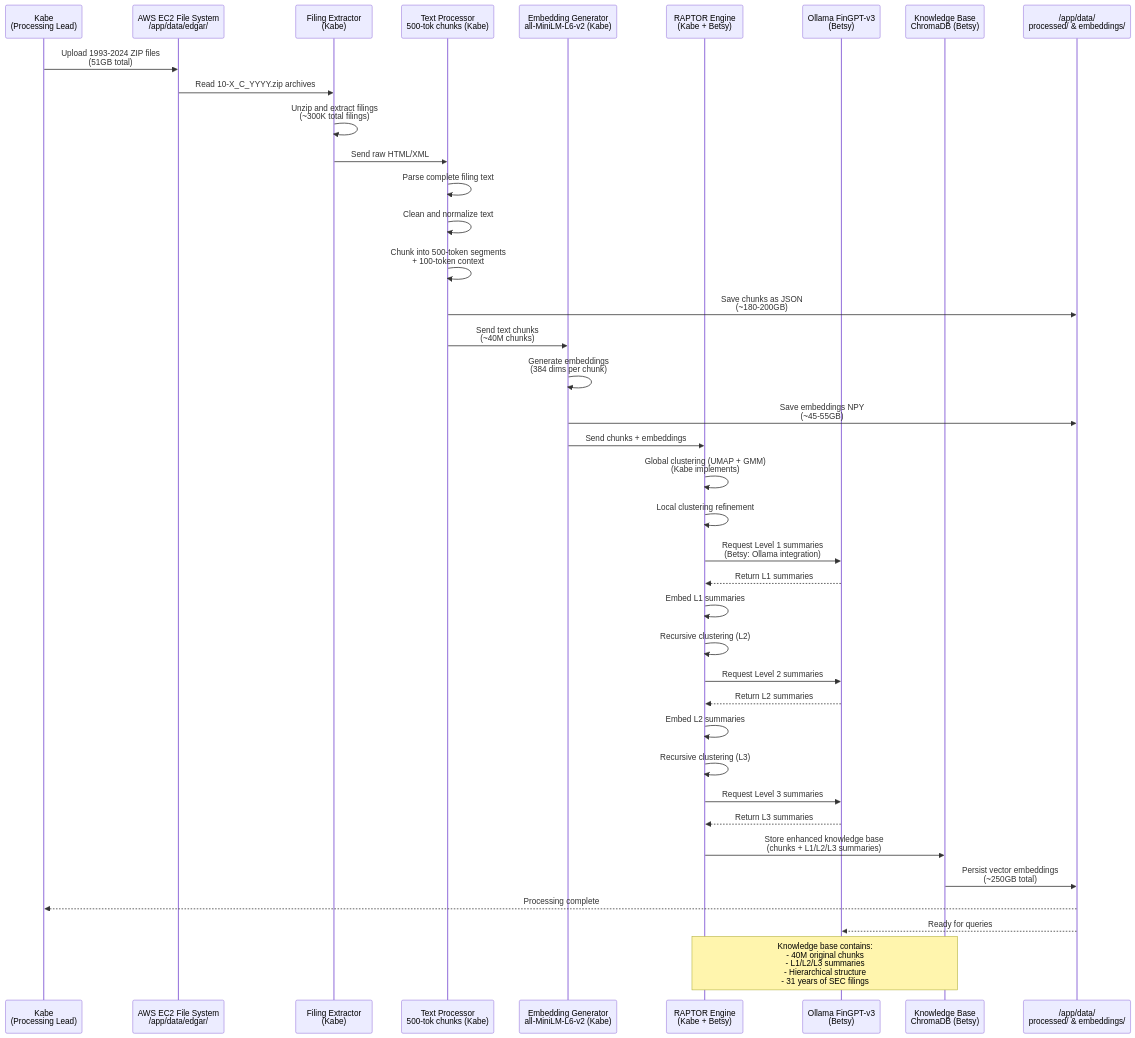
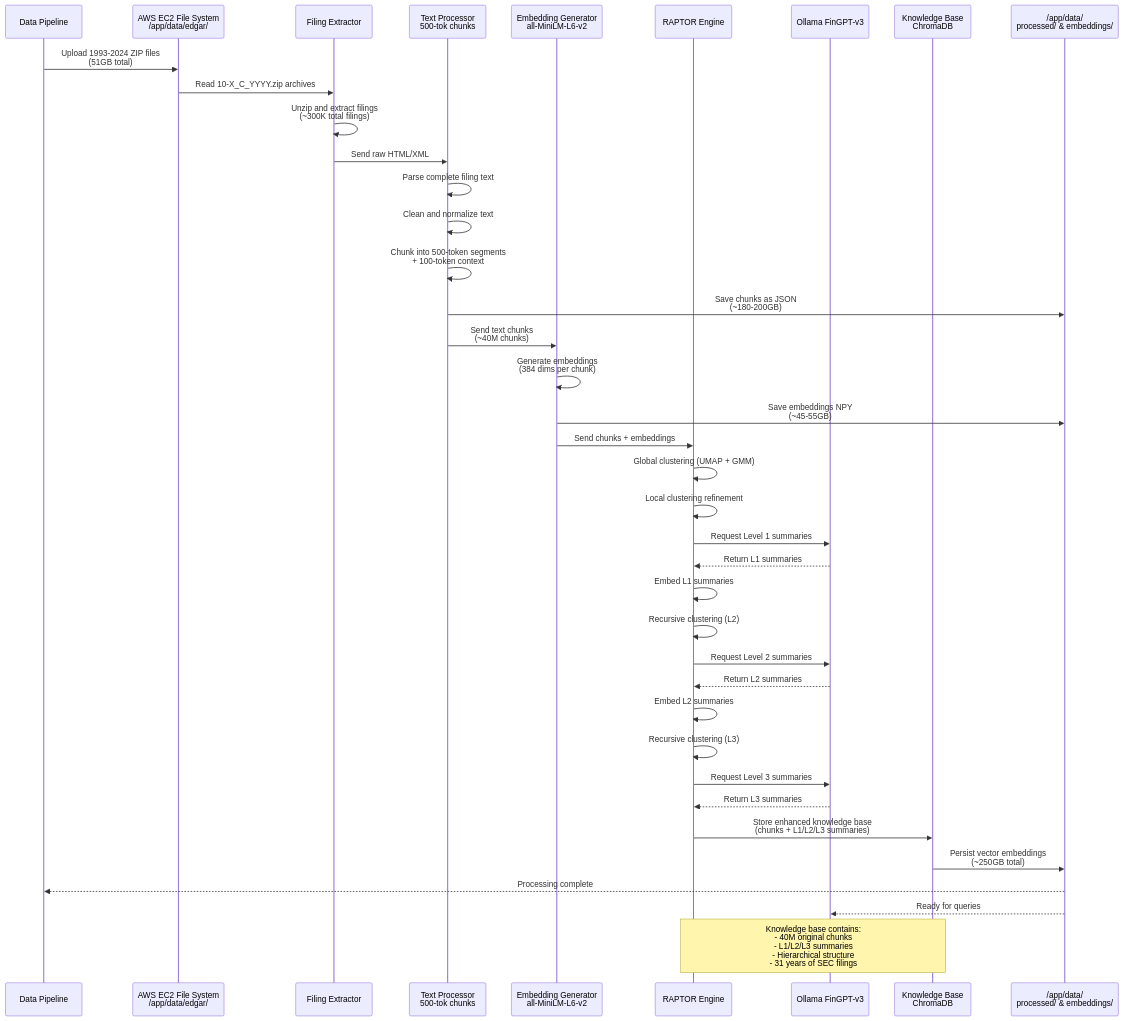
Before and after one commit to kibbbles/edgar_anomaly_detection: the diagram in notebooks/diagrams/data_processing_workflow.mmd, drawn with Mermaid. The commit also changed 6 other files, not shown here.

```diff
--- a/notebooks/diagrams/data_processing_workflow.mmd
+++ b/notebooks/diagrams/data_processing_workflow.mmd
@@ -1,47 +1,47 @@
 sequenceDiagram
-    participant Kabe as Kabe<br/>(Processing Lead)
+    participant User as Data Pipeline
     participant FileSystem as AWS EC2 File System<br/>/app/data/edgar/
-    participant Extractor as Filing Extractor<br/>(Kabe)
-    participant Parser as Text Processor<br/>500-tok chunks (Kabe)
-    participant Embedder as Embedding Generator<br/>all-MiniLM-L6-v2 (Kabe)
-    participant RAPTOR as RAPTOR Engine<br/>(Kabe + Betsy)
-    participant Ollama as Ollama FinGPT-v3<br/>(Betsy)
-    participant KB as Knowledge Base<br/>ChromaDB (Betsy)
+    participant Extractor as Filing Extractor
+    participant Parser as Text Processor<br/>500-tok chunks
+    participant Embedder as Embedding Generator<br/>all-MiniLM-L6-v2
+    participant RAPTOR as RAPTOR Engine
+    participant Ollama as Ollama FinGPT-v3
+    participant KB as Knowledge Base<br/>ChromaDB
     participant Storage as /app/data/<br/>processed/ & embeddings/
 
-    Kabe->>FileSystem: Upload 1993-2024 ZIP files<br/>(51GB total)
+    User->>FileSystem: Upload 1993-2024 ZIP files<br/>(51GB total)
     FileSystem->>Extractor: Read 10-X_C_YYYY.zip archives
     Extractor->>Extractor: Unzip and extract filings<br/>(~300K total filings)
     Extractor->>Parser: Send raw HTML/XML
 
     Parser->>Parser: Parse complete filing text
     Parser->>Parser: Clean and normalize text
     Parser->>Parser: Chunk into 500-token segments<br/>+ 100-token context
     Parser->>Storage: Save chunks as JSON<br/>(~180-200GB)
 
     Parser->>Embedder: Send text chunks<br/>(~40M chunks)
     Embedder->>Embedder: Generate embeddings<br/>(384 dims per chunk)
     Embedder->>Storage: Save embeddings NPY<br/>(~45-55GB)
 
     Embedder->>RAPTOR: Send chunks + embeddings
 
-    RAPTOR->>RAPTOR: Global clustering (UMAP + GMM)<br/>(Kabe implements)
+    RAPTOR->>RAPTOR: Global clustering (UMAP + GMM)
     RAPTOR->>RAPTOR: Local clustering refinement
-    RAPTOR->>Ollama: Request Level 1 summaries<br/>(Betsy: Ollama integration)
+    RAPTOR->>Ollama: Request Level 1 summaries
     Ollama-->>RAPTOR: Return L1 summaries
     RAPTOR->>RAPTOR: Embed L1 summaries
     RAPTOR->>RAPTOR: Recursive clustering (L2)
     RAPTOR->>Ollama: Request Level 2 summaries
     Ollama-->>RAPTOR: Return L2 summaries
     RAPTOR->>RAPTOR: Embed L2 summaries
     RAPTOR->>RAPTOR: Recursive clustering (L3)
     RAPTOR->>Ollama: Request Level 3 summaries
     Ollama-->>RAPTOR: Return L3 summaries
 
     RAPTOR->>KB: Store enhanced knowledge base<br/>(chunks + L1/L2/L3 summaries)
     KB->>Storage: Persist vector embeddings<br/>(~250GB total)
 
-    Storage-->>Kabe: Processing complete
+    Storage-->>User: Processing complete
     Storage-->>Ollama: Ready for queries
 
     Note over RAPTOR,KB: Knowledge base contains:<br/>- 40M original chunks<br/>- L1/L2/L3 summaries<br/>- Hierarchical structure<br/>- 31 years of SEC filings
```
